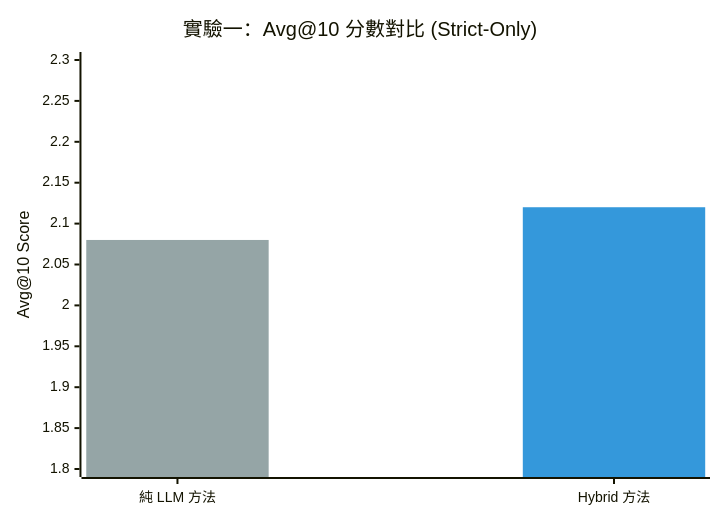
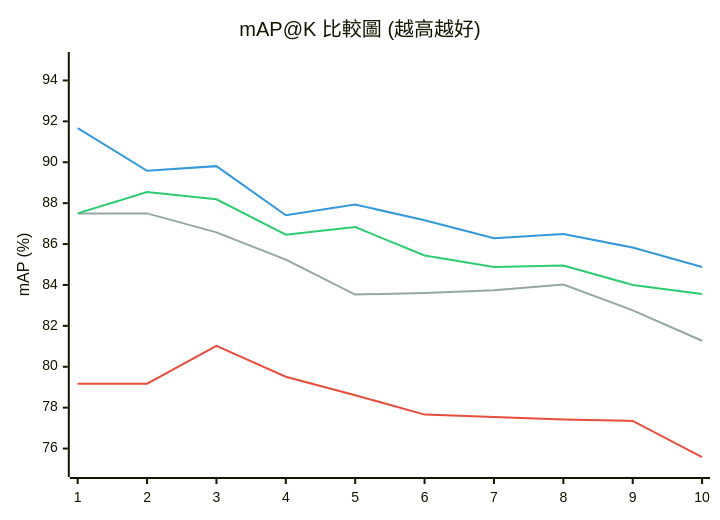
Before and after one commit to wangicheng/hybrid-reasoner: the fourth of 13 diagrams in docs/report.md, drawn with Mermaid. The commit also changed other lines of this file and 21 other files, not shown here.

````diff
--- a/docs/report.md
+++ b/docs/report.md
@@ -202,9 +213,11 @@
 ```mermaid
-%%{init: { 'themeVariables': { 'xyChart': { 'plotColorPalette': '#95A5A6, #3498DB' } } } }%%
+%%{init: { 'themeVariables': { 'xyChart': { 'plotColorPalette': '#E74C3C, #95A5A6, #2ECC71, #3498DB' } } } }%%
 xychart-beta
-    title "實驗一：Avg@10 分數對比 (Strict-Only)"
-    x-axis ["純 LLM 方法", "Hybrid 方法"]
-    y-axis "Avg@10 Score" 1.8 --> 2.3
-    bar [2.08, 0]
-    bar [0, 2.12]
+    title "mAP@K 比較圖 (越高越好)"
+    x-axis [1, 2, 3, 4, 5, 6, 7, 8, 9, 10]
+    y-axis "mAP (%)" 75 --> 95
+    line [79.17, 79.17, 81.02, 79.51, 78.61, 77.66, 77.54, 77.42, 77.35, 75.58]
+    line [87.50, 87.50, 86.57, 85.24, 83.53, 83.61, 83.74, 84.02, 82.76, 81.27]
+    line [87.50, 88.54, 88.19, 86.46, 86.83, 85.44, 84.88, 84.95, 84.00, 83.56]
+    line [91.67, 89.58, 89.81, 87.41, 87.93, 87.16, 86.28, 86.49, 85.83, 84.88]
 ```
````
